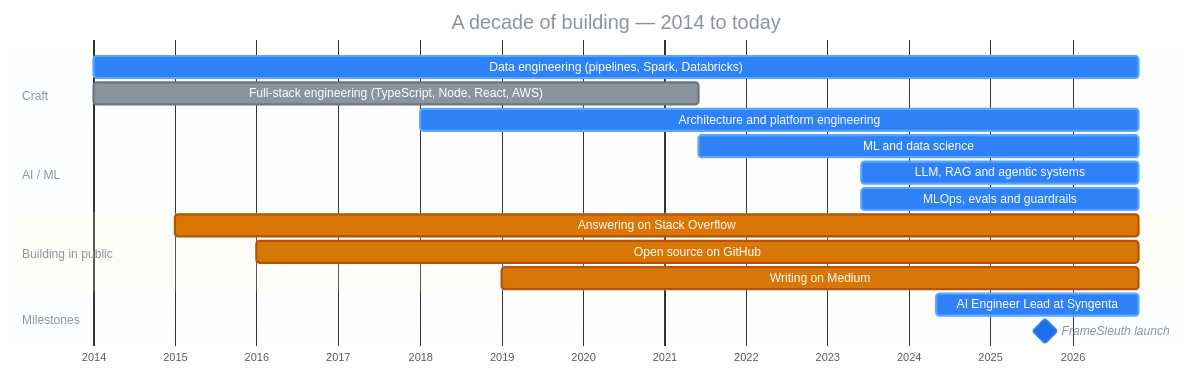
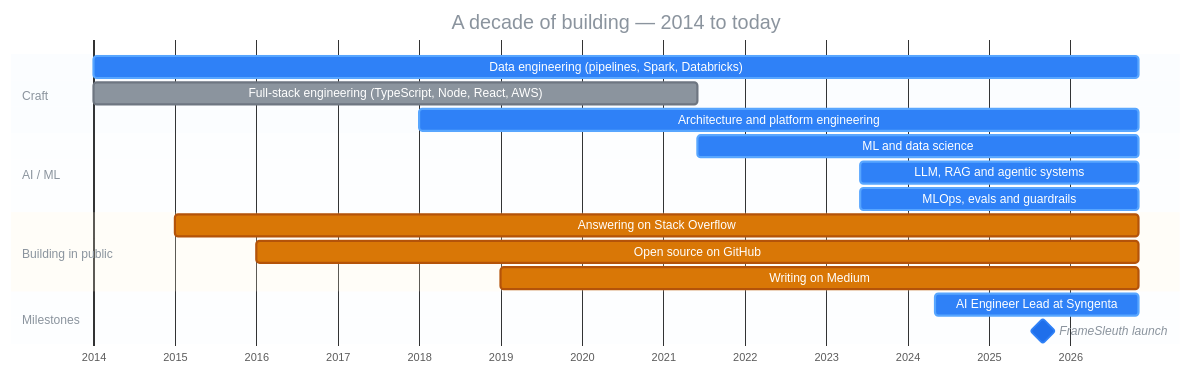
One commit to santoshshinde2012/santoshshinde2012 changed the first of 2 diagrams in README.md. Above: the diagram before and after it, drawn with Mermaid. The commit also changed other lines of this file, not shown here.

Commit message:
chore: refresh shipping summary

````diff
--- a/README.md
+++ b/README.md
@@ -130,27 +129,27 @@
 ```mermaid
 %%{init: {'theme':'base','themeVariables':{'fontFamily':'Fira Code, monospace','taskBkgColor':'#1F6FEB','taskBorderColor':'#2F81F7','activeTaskBkgColor':'#2F81F7','activeTaskBorderColor':'#58A6FF','doneTaskBkgColor':'#8B949E','doneTaskBorderColor':'#6E7681','critBkgColor':'#D97706','critBorderColor':'#B45309','critTextColor':'#ffffff','milestoneBkgColor':'#238636','milestoneBorderColor':'#2EA043','taskTextColor':'#ffffff','taskTextDarkColor':'#ffffff','taskTextLightColor':'#ffffff','taskTextOutsideColor':'#8B949E','gridColor':'#30363D','todayLineColor':'#F85149','titleColor':'#8B949E','sectionBkgColor':'#2F81F714','altSectionBkgColor':'#2F81F70A'}}}%%
 gantt
     title A decade of building — 2014 to today
     dateFormat YYYY-MM-DD
     axisFormat %Y
     tickInterval 1year
 
     section Craft
-    Data engineering (pipelines, Spark, Databricks)      :active, de,   2014-01-01, 2026-10-26
+    Data engineering (pipelines, Spark, Databricks)      :active, de,   2014-01-01, 2026-11-02
     Full-stack engineering (TypeScript, Node, React, AWS) :done,   fs,   2014-01-01, 2021-06-01
-    Architecture and platform engineering                :active, arch, 2018-01-01, 2026-10-26
+    Architecture and platform engineering                :active, arch, 2018-01-01, 2026-11-02
 
     section AI / ML
-    ML and data science                                  :active, ml,   2021-06-01, 2026-10-26
-    LLM, RAG and agentic systems                         :active, llm,  2023-06-01, 2026-10-26
-    MLOps, evals and guardrails                          :active, ops,  2023-06-01, 2026-10-26
+    ML and data science                                  :active, ml,   2021-06-01, 2026-11-02
+    LLM, RAG and agentic systems                         :active, llm,  2023-06-01, 2026-11-02
+    MLOps, evals and guardrails                          :active, ops,  2023-06-01, 2026-11-02
 
     section Building in public
-    Answering on Stack Overflow                          :crit, so,   2015-01-01, 2026-10-26
-    Open source on GitHub                                :crit, gh,   2016-01-01, 2026-10-26
-    Writing on Medium                                    :crit, med,  2019-01-01, 2026-10-26
+    Answering on Stack Overflow                          :crit, so,   2015-01-01, 2026-11-02
+    Open source on GitHub                                :crit, gh,   2016-01-01, 2026-11-02
+    Writing on Medium                                    :crit, med,  2019-01-01, 2026-11-02
 
     section Milestones
-    AI Engineer Lead at Syngenta                         :active,    syn, 2024-05-01, 2026-10-26
+    AI Engineer Lead at Syngenta                         :active,    syn, 2024-05-01, 2026-11-02
     FrameSleuth launch                                   :milestone, fsl, 2025-09-01, 0d
 ```
````
